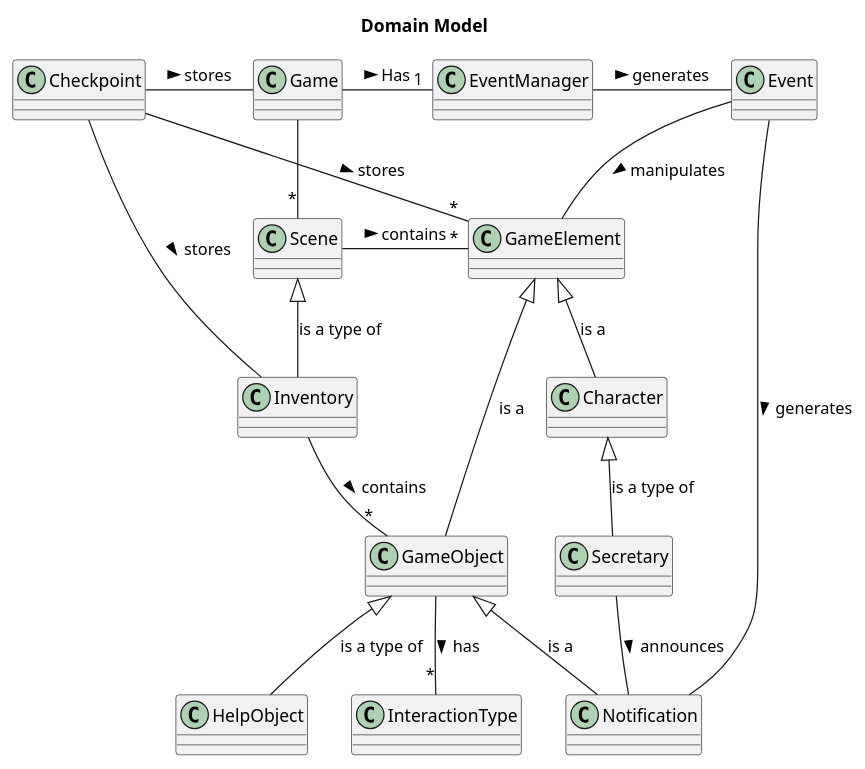
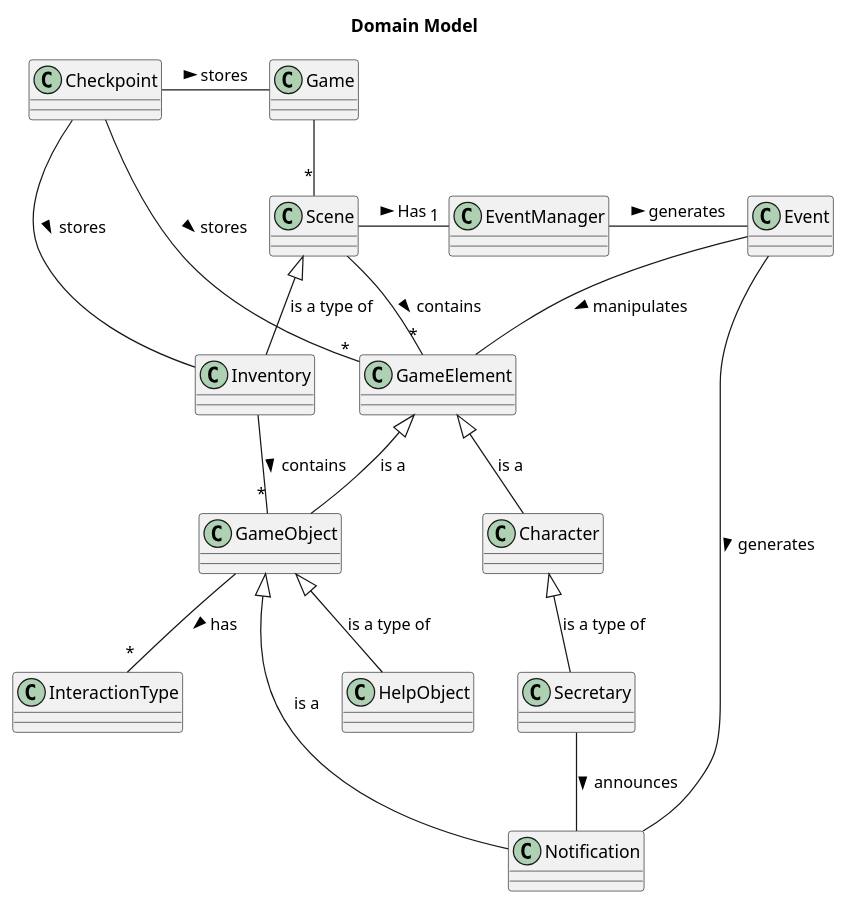
The diagram in diagram.pu (NoahHakansson/SE-PA1460), drawn with PlantUML before and after one commit.

Commit message:
changed eventmanager to connect to scene

```diff
--- a/diagram.pu
+++ b/diagram.pu
@@ -1,21 +1,21 @@
 @startuml
 title Domain Model
 Game -- "*" Scene
 Checkpoint -- "*" GameElement : stores >
 Checkpoint -- Inventory : stores >
 Checkpoint - Game : stores >
 Character <|-- Secretary : is a type of
 GameElement <|-- GameObject : is a
 GameElement <|-- Character : is a
 Scene - "*" GameElement : contains >
 Scene <|-- Inventory : is a type of
 Inventory -- "*" GameObject : contains >
-Game -"1" EventManager : Has >
+Scene -"1" EventManager : Has >
 EventManager - Event : generates >
 Event -- Notification : generates >
 Event -- GameElement : manipulates >
 Secretary -- Notification : announces >
 GameObject <|-- HelpObject : is a type of
 GameObject <|-- Notification : is a
 GameObject -- "*" InteractionType : has >
 @enduml
```
